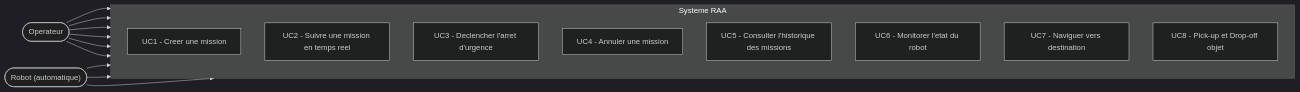
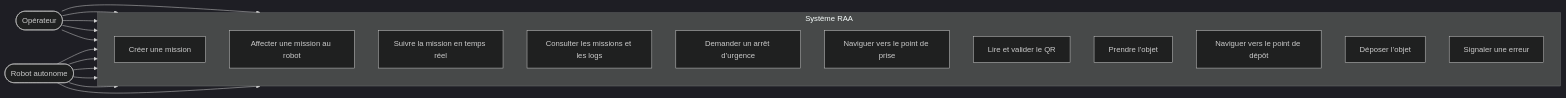
Before and after one commit to Steveksteve/Robotique: the first of 4 diagrams in docs/uml/diagrammes-uml-RAA.md, drawn with Mermaid (dark theme). The commit also changed other lines of this file and 141 other files, not shown here.

````diff
--- a/docs/uml/diagrammes-uml-RAA.md
+++ b/docs/uml/diagrammes-uml-RAA.md
@@ -7,28 +5,33 @@
 ```mermaid
 flowchart LR
-    Operateur(["Operateur"])
-    Robot(["Robot (automatique)"])
+    Operateur(["Opérateur"])
+    Robot(["Robot autonome"])
 
-    subgraph RAA ["Systeme RAA"]
+    subgraph RAA ["Système RAA"]
         direction TB
-        UC1["UC1 - Creer une mission"]
-        UC2["UC2 - Suivre une mission en temps reel"]
-        UC3["UC3 - Declencher l'arret d'urgence"]
-        UC4["UC4 - Annuler une mission"]
-        UC5["UC5 - Consulter l'historique des missions"]
-        UC6["UC6 - Monitorer l'etat du robot"]
-        UC7["UC7 - Naviguer vers destination"]
-        UC8["UC8 - Pick-up et Drop-off objet"]
+        UC1["Créer une mission"]
+        UC2["Affecter une mission au robot"]
+        UC3["Suivre la mission en temps réel"]
+        UC4["Consulter les missions et les logs"]
+        UC5["Demander un arrêt d’urgence"]
+        UC6["Naviguer vers le point de prise"]
+        UC7["Lire et valider le QR"]
+        UC8["Prendre l’objet"]
+        UC9["Naviguer vers le point de dépôt"]
+        UC10["Déposer l’objet"]
+        UC11["Signaler une erreur"]
     end
 
     Operateur --> UC1
     Operateur --> UC2
     Operateur --> UC3
     Operateur --> UC4
     Operateur --> UC5
-    Operateur --> UC6
 
+    Robot --> UC6
     Robot --> UC7
     Robot --> UC8
-    Robot --> UC3
+    Robot --> UC9
+    Robot --> UC10
+    Robot --> UC11
 ```
````
